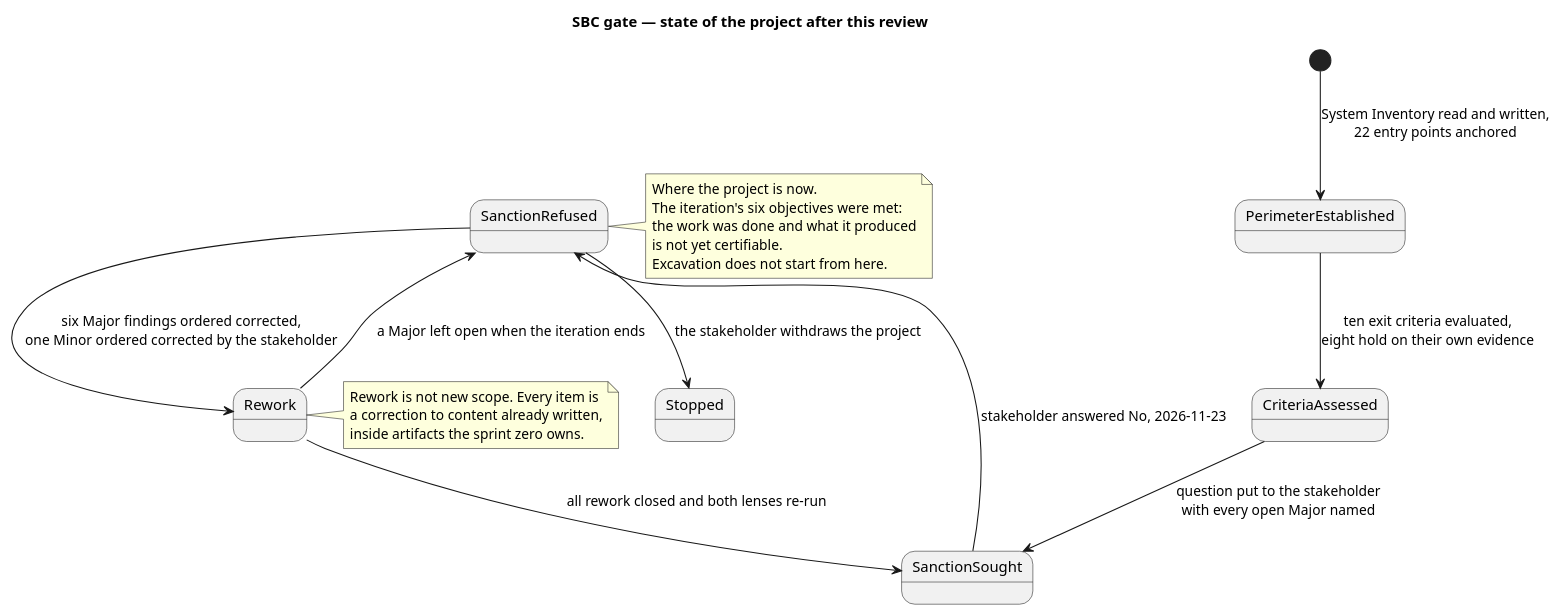
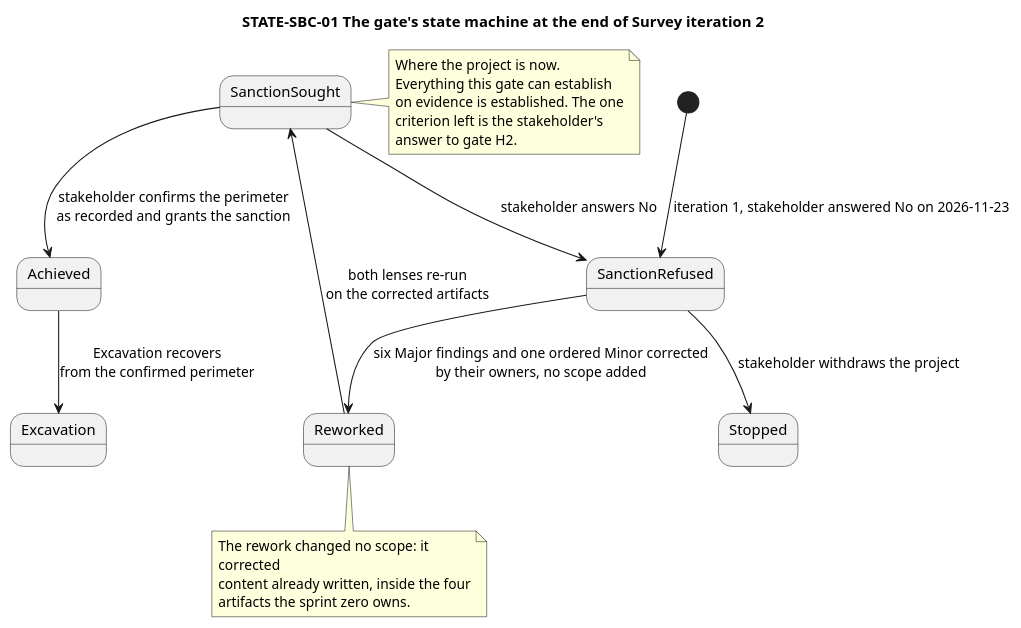
Diagram 11 of 13 in docs/artifacts/project-management/review-record.md (banense-test/TodoApp), drawn with PlantUML before and after one commit. The commit also changed other lines of this file, not shown here.

Commit message:
Management Reviewer [Survey2]: upsert Review Record
[skip ci]

````diff
--- a/docs/artifacts/project-management/review-record.md
+++ b/docs/artifacts/project-management/review-record.md
@@ -899,29 +899,29 @@
 ```plantuml
 @startuml
-title SBC gate — state of the project after this review
+title STATE-SBC-01 The gate's state machine at the end of Survey iteration 2
 
 skinparam shadowing false
+skinparam wrapWidth 250
 
-[*] --> PerimeterEstablished : System Inventory read and written,\n22 entry points anchored
-PerimeterEstablished --> CriteriaAssessed : ten exit criteria evaluated,\neight hold on their own evidence
-CriteriaAssessed --> SanctionSought : question put to the stakeholder\nwith every open Major named
-SanctionSought --> SanctionRefused : stakeholder answered No, 2026-11-23
-SanctionRefused --> Rework : six Major findings ordered corrected,\none Minor ordered corrected by the stakeholder
-Rework --> SanctionSought : all rework closed and both lenses re-run
-Rework --> SanctionRefused : a Major left open when the iteration ends
-SanctionRefused --> Stopped : the stakeholder withdraws the project
+[*] --> SanctionRefused : iteration 1, stakeholder answered No on 2026-11-23
+SanctionRefused --> Reworked : six Major findings and one ordered Minor corrected\nby their owners, no scope added
+Reworked --> SanctionSought : both lenses re-run\non the corrected artifacts
+SanctionSought --> Achieved : stakeholder confirms the perimeter\nas recorded and grants the sanction
+SanctionSought --> SanctionRefused : stakeholder answers No
+Achieved --> Excavation : Excavation recovers\nfrom the confirmed perimeter
+SanctionRefused --> Stopped : stakeholder withdraws the project
 
-note right of SanctionRefused
+note right of SanctionSought
   Where the project is now.
-  The iteration's six objectives were met:
-  the work was done and what it produced
-  is not yet certifiable.
-  Excavation does not start from here.
+  Everything this gate can establish
+  on evidence is established. The one
+  criterion left is the stakeholder's
+  answer to gate H2.
 end note
-note right of Rework
-  Rework is not new scope. Every item is
-  a correction to content already written,
-  inside artifacts the sprint zero owns.
+note bottom of Reworked
+  The rework changed no scope: it corrected
+  content already written, inside the four
+  artifacts the sprint zero owns.
 end note
 @enduml
 ```
````
